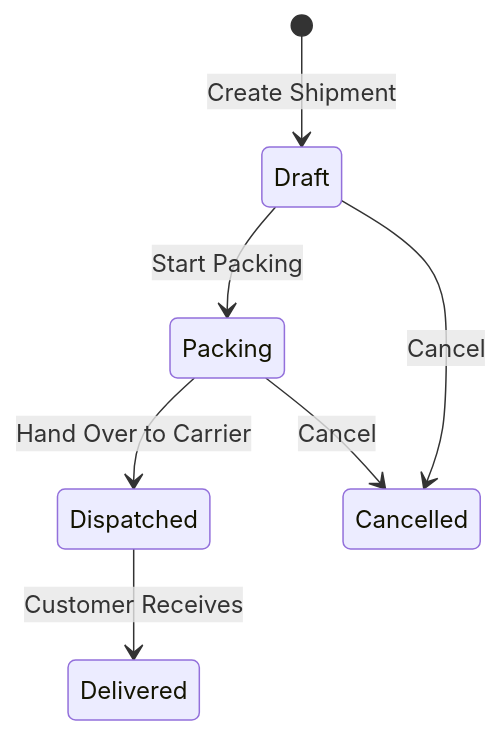
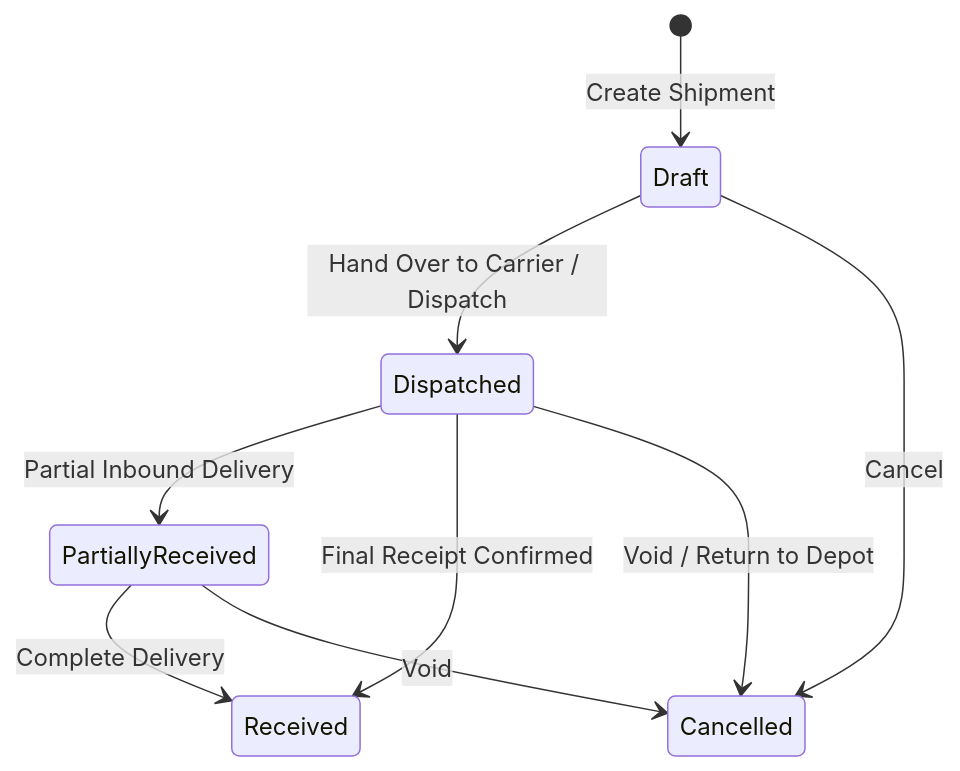
One commit to herobmdotcom/herobm changed the diagram in docs/user/shipments.md. Above: the diagram before and after it, drawn with Mermaid. The commit also changed other lines of this file and 20 other files, not shown here.

````diff
--- a/docs/user/shipments.md
+++ b/docs/user/shipments.md
@@ -40,9 +40,11 @@
 ```mermaid
 stateDiagram-v2
     [*] --> Draft : Create Shipment
-    Draft --> Packing : Start Packing
-    Packing --> Dispatched : Hand Over to Carrier
-    Dispatched --> Delivered : Customer Receives
+    Draft --> Dispatched : Hand Over to Carrier / Dispatch
+    Dispatched --> PartiallyReceived : Partial Inbound Delivery
+    Dispatched --> Received : Final Receipt Confirmed
+    PartiallyReceived --> Received : Complete Delivery
     Draft --> Cancelled : Cancel
-    Packing --> Cancelled : Cancel
+    Dispatched --> Cancelled : Void / Return to Depot
+    PartiallyReceived --> Cancelled : Void
 ```
````
